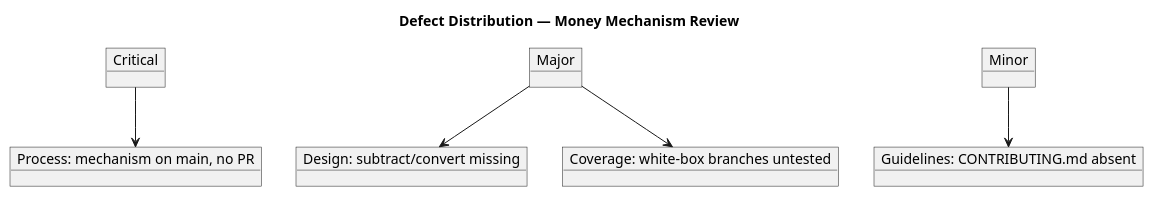
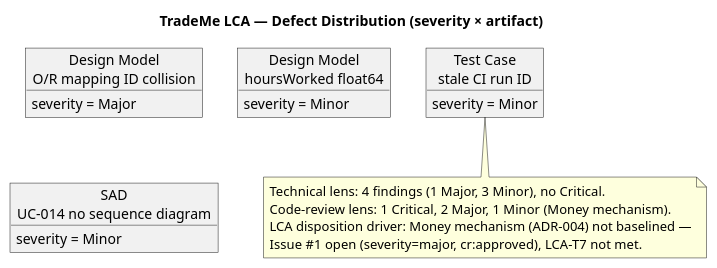
One commit to banense-test/trademe changed the second of 2 diagrams in docs/artifacts/project-management/review-record.md. Above: the diagram before and after it, drawn with PlantUML. The commit also changed other lines of this file, not shown here.

First line of the commit message:
Reviewer [E1]: upsert Review Record

````diff
--- a/docs/artifacts/project-management/review-record.md
+++ b/docs/artifacts/project-management/review-record.md
@@ -58,20 +83,22 @@
 ```plantuml
 @startuml
-title Defect Distribution — Money Mechanism Review
+title TradeMe LCA — Defect Distribution (severity × artifact)
 
-object "Critical" as CR
-object "Major" as MA
-object "Minor" as MI
+object "Design Model\nO/R mapping ID collision" as f1
+object "Design Model\nhoursWorked float64" as f2
+object "SAD\nUC-014 no sequence diagram" as f3
+object "Test Case\nstale CI run ID" as f4
 
-object "Process: mechanism on main, no PR" as D1
-object "Design: subtract/convert missing" as D2
-object "Coverage: white-box branches untested" as D3
-object "Guidelines: CONTRIBUTING.md absent" as D4
+f1 : severity = Major
+f2 : severity = Minor
+f3 : severity = Minor
+f4 : severity = Minor
 
-CR --> D1
-MA --> D2
-MA --> D3
-MI --> D4
-
+note bottom
+  Technical lens: 4 findings (1 Major, 3 Minor), no Critical.
+  Code-review lens: 1 Critical, 2 Major, 1 Minor (Money mechanism).
+  LCA disposition driver: Money mechanism (ADR-004) not baselined —
+  Issue #1 open (severity=major, cr:approved), LCA-T7 not met.
+end note
 @enduml
 ```
````
